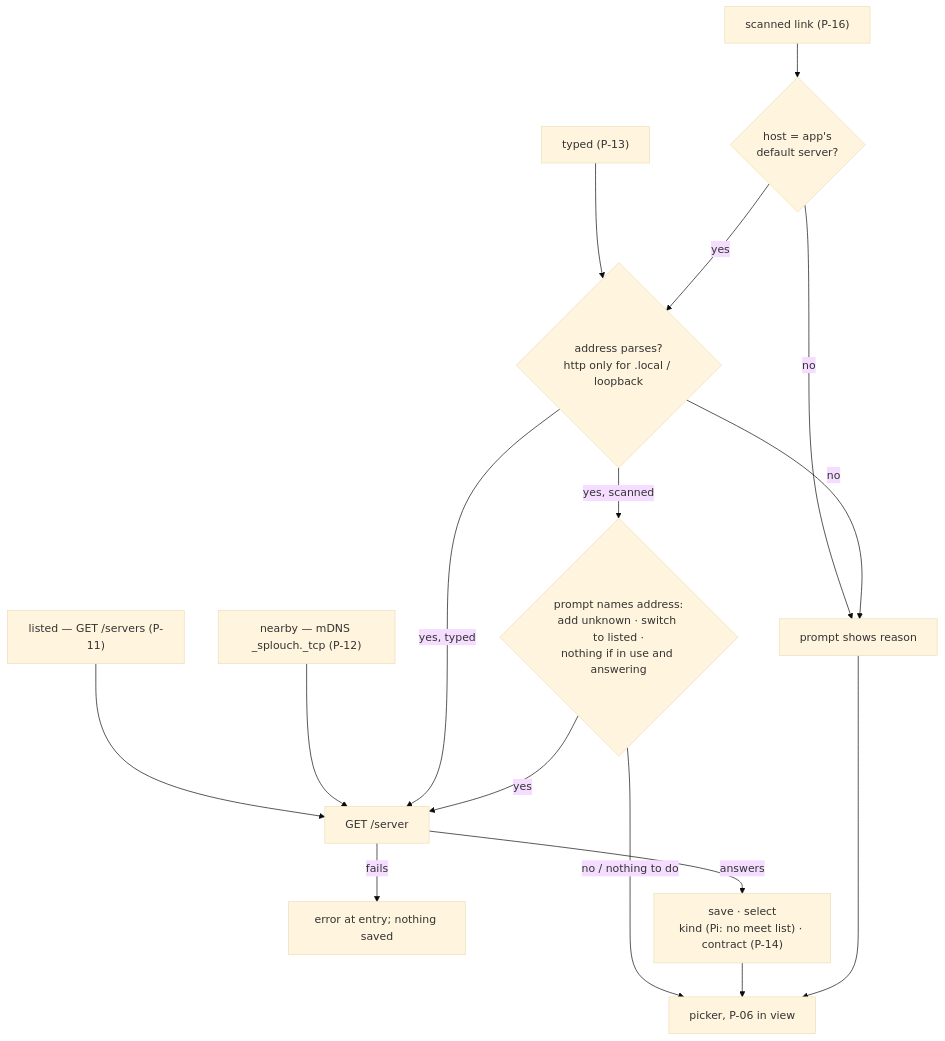
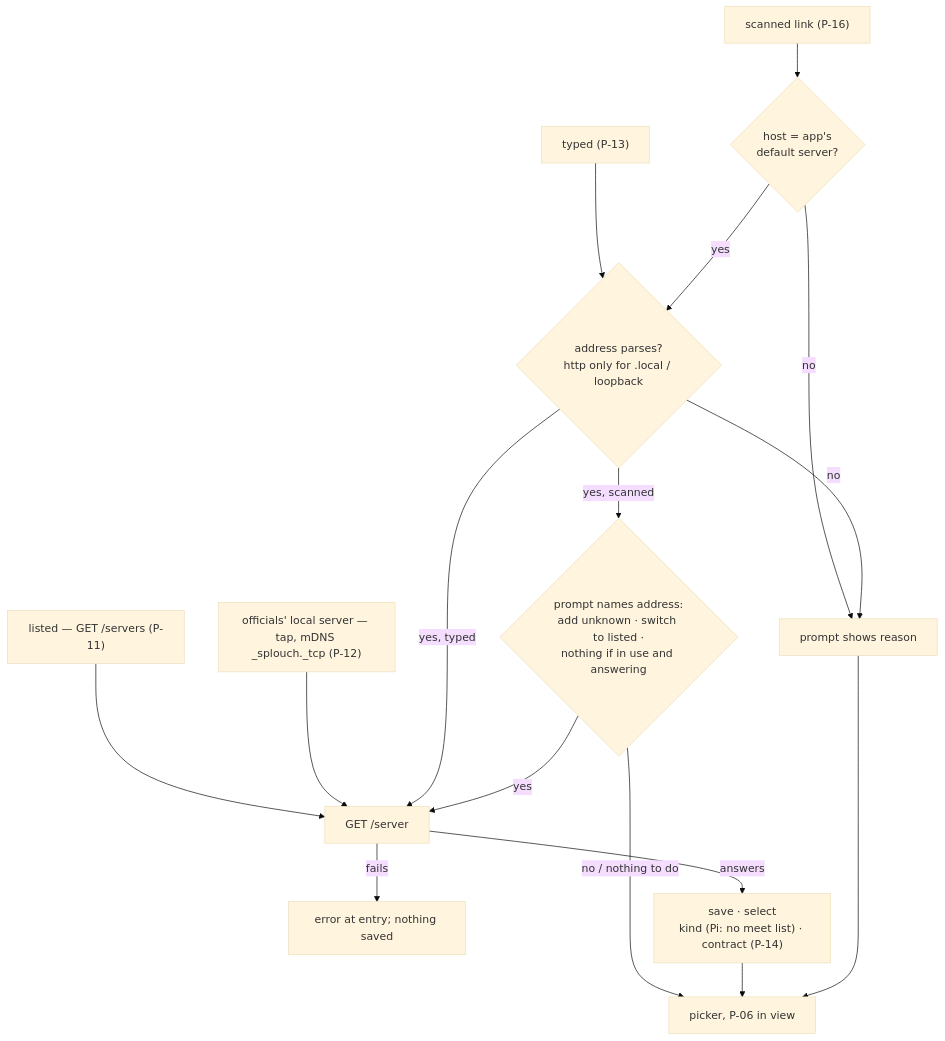
The first of 6 diagrams in docs/app.md (olivierouellet/Splouch), drawn with Mermaid (base theme) before and after one commit. The commit also changed other lines of this file, not shown here.

Commit message:
[Contract] P-12: local server search on tap, labelled for officials

````diff
--- a/docs/app.md
+++ b/docs/app.md
@@ -204,18 +204,18 @@
 ```mermaid
 flowchart TD
   dir["listed — GET /servers (P-11)"] --> check
-  mdns["nearby — mDNS _splouch._tcp (P-12)"] --> check
+  mdns["officials' local server — tap, mDNS _splouch._tcp (P-12)"] --> check
   typed["typed (P-13)"] --> parse
   qr["scanned link (P-16)"] --> host{"host = app's<br/>default server?"}
   host -- no --> reason["prompt shows reason"]
   host -- yes --> parse{"address parses?<br/>http only for .local / loopback"}
   parse -- no --> reason
   parse -- "yes, typed" --> check
   parse -- "yes, scanned" --> ask{"prompt names address:<br/>add unknown · switch to listed ·<br/>nothing if in use and answering"}
   ask -- yes --> check
   ask -- "no / nothing to do" --> picker
   check["GET /server"] -- fails --> err["error at entry; nothing saved"]
   check -- answers --> save["save · select<br/>kind (Pi: no meet list) · contract (P-14)"]
   save --> picker["picker, P-06 in view"]
   reason --> picker
 ```
````
